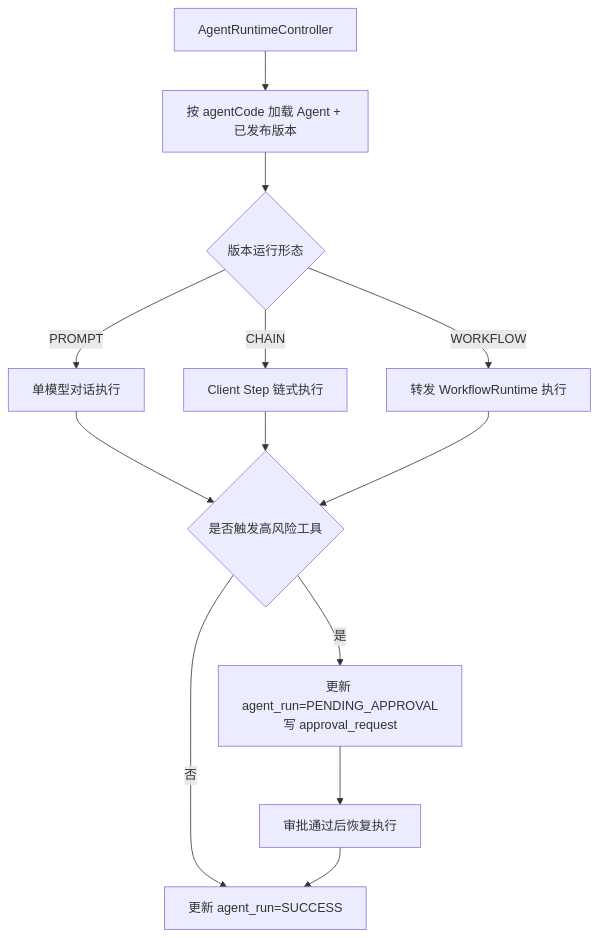
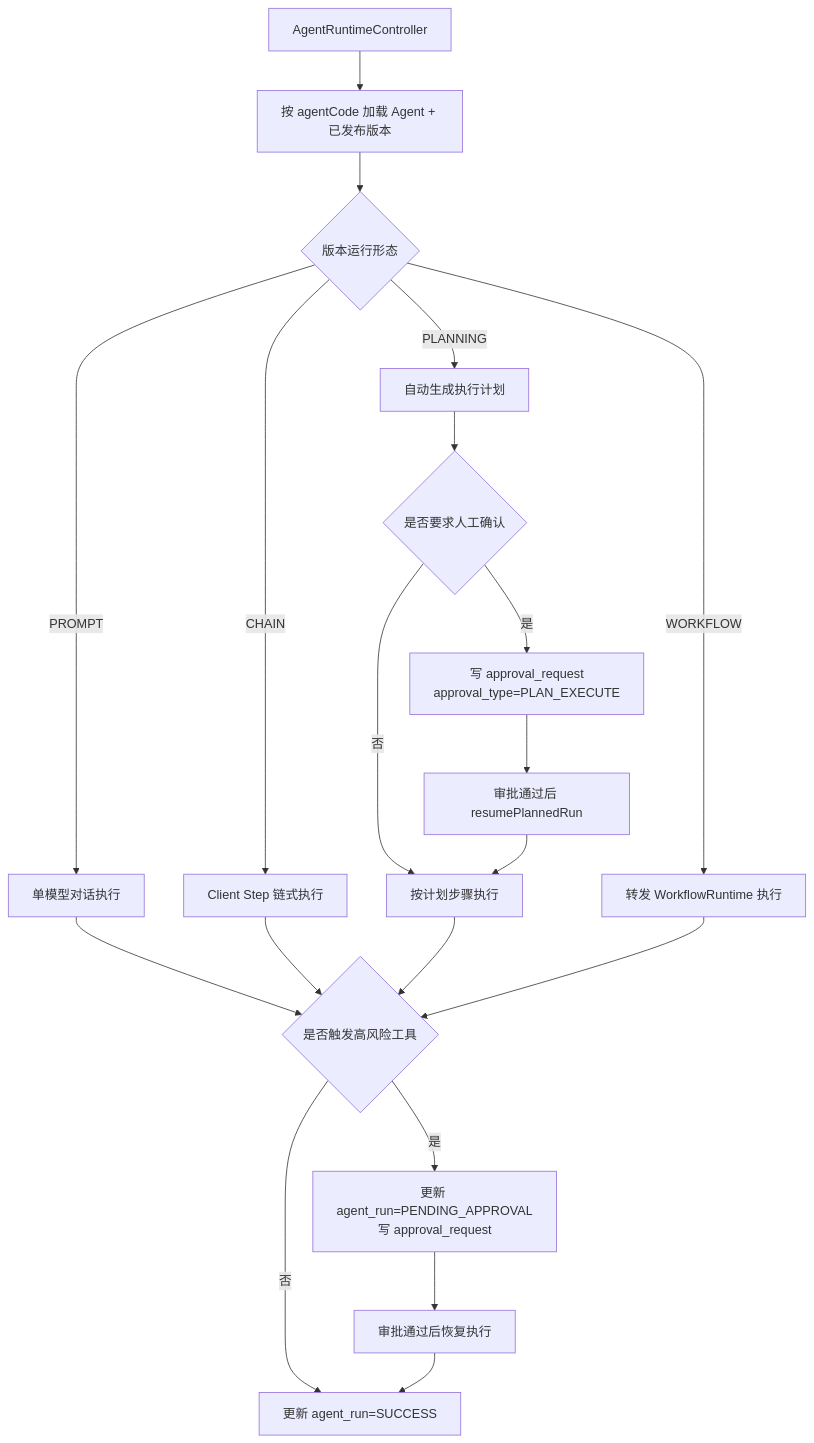
One commit to small-xiexu/ai-mcp-knowledge-study changed the fourth of 12 diagrams in .codex/项目从0到1掌握与企业落地手册（支付卡券后端视角）.md. Above: the diagram before and after it, drawn with Mermaid. The commit also changed other lines of this file and 118 other files, not shown here.

````diff
--- a/.codex/项目从0到1掌握与企业落地手册（支付卡券后端视角）.md
+++ b/.codex/项目从0到1掌握与企业落地手册（支付卡券后端视角）.md
@@ -216,17 +217,24 @@
 ```mermaid
 flowchart TD
     IN[AgentRuntimeController] --> LOAD[按 agentCode 加载 Agent + 已发布版本]
     LOAD --> MODE{版本运行形态}
     MODE -->|PROMPT| PROMPT[单模型对话执行]
     MODE -->|CHAIN| CHAIN[Client Step 链式执行]
+    MODE -->|PLANNING| PLAN[自动生成执行计划]
     MODE -->|WORKFLOW| WF[转发 WorkflowRuntime 执行]
+    PLAN --> CONFIRM{是否要求人工确认}
+    CONFIRM -->|是| PLANPEND[写 approval_request<br/>approval_type=PLAN_EXECUTE]
+    CONFIRM -->|否| PLANEXEC[按计划步骤执行]
+    PLANPEND --> PLANRES[审批通过后 resumePlannedRun]
+    PLANRES --> PLANEXEC
 
     PROMPT --> TOOLCHK{是否触发高风险工具}
     CHAIN --> TOOLCHK
+    PLANEXEC --> TOOLCHK
     WF --> TOOLCHK
 
     TOOLCHK -->|否| SUC[更新 agent_run=SUCCESS]
     TOOLCHK -->|是| PEND[更新 agent_run=PENDING_APPROVAL<br/>写 approval_request]
     PEND --> RESUME[审批通过后恢复执行]
     RESUME --> SUC
 ```
````
